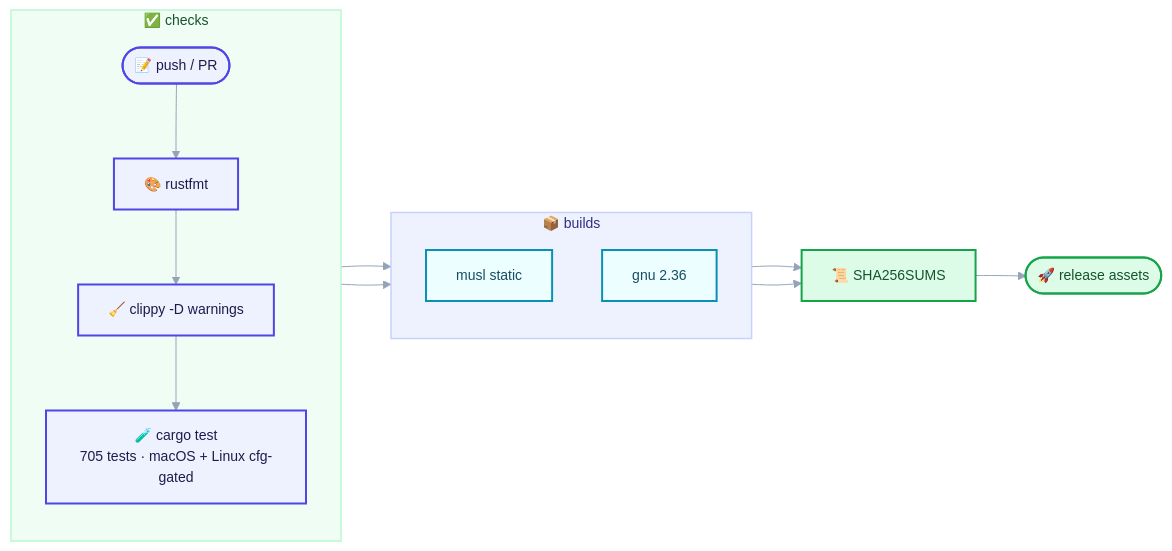
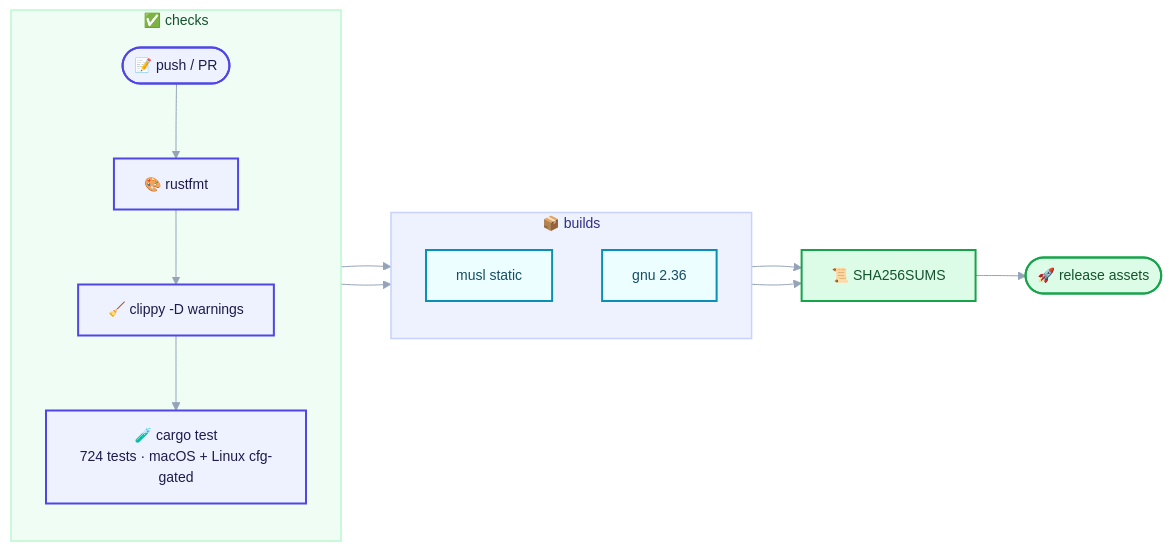
Diagram 31 of 31 in README.md (Terutoki/MyQUIC2), drawn with Mermaid before and after one commit. The commit also changed other lines of this file and 9 other files, not shown here.

````diff
--- a/README.md
+++ b/README.md
@@ -2190,30 +2190,30 @@
 ```mermaid
 %%{init: {"theme":"base","themeVariables":{"fontSize":"14px","lineColor":"#94a3b8","textColor":"#0f172a","edgeLabelBackground":"#f8fafc"}}}%%
 flowchart LR
     accTitle: Continuous integration and release pipeline
     accDescr: Formatting, Clippy, and the full test suite gate two static builds, whose artifacts are hashed and published as release assets.
     subgraph CHECK["✅ checks"]
         direction TB
         C(["📝 push / PR"]) --> F["🎨 rustfmt"]
         F --> L["🧹 clippy -D warnings"]
-        L --> T["🧪 cargo test<br/>705 tests · macOS + Linux cfg-gated"]
+        L --> T["🧪 cargo test<br/>724 tests · macOS + Linux cfg-gated"]
     end
     subgraph BUILD["📦 builds"]
         direction TB
         M["musl static"]
         G["gnu 2.36"]
     end
     T --> M
     T --> G
     M --> A["📜 SHA256SUMS"]
     G --> A
     A --> R(["🚀 release assets"])
     classDef tunnel fill:#eef2ff,stroke:#4f46e5,stroke-width:2px,color:#1e1b4b
     classDef wire fill:#ecfeff,stroke:#0891b2,stroke-width:2px,color:#164e63
     classDef edge fill:#dcfce7,stroke:#16a34a,stroke-width:2px,color:#14532d
     class C,F,L,T tunnel
     class M,G wire
     class A,R edge
     style CHECK fill:#f0fdf4,stroke:#bbf7d0,stroke-width:1.5px,color:#14532d
     style BUILD fill:#eef2ff,stroke:#c7d2fe,stroke-width:1.5px,color:#312e81
 ```
````
